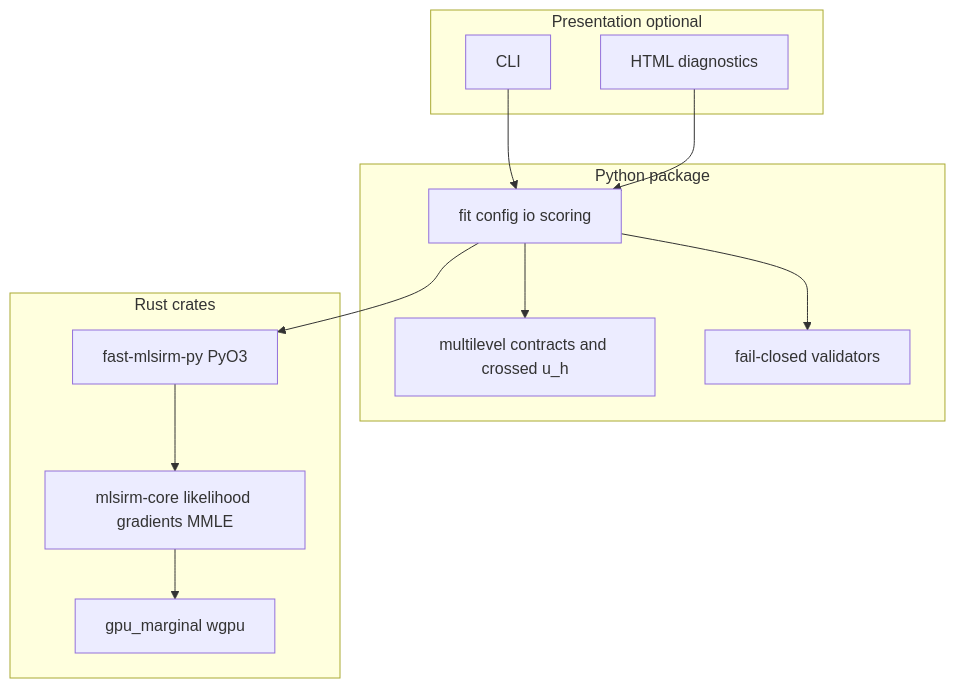
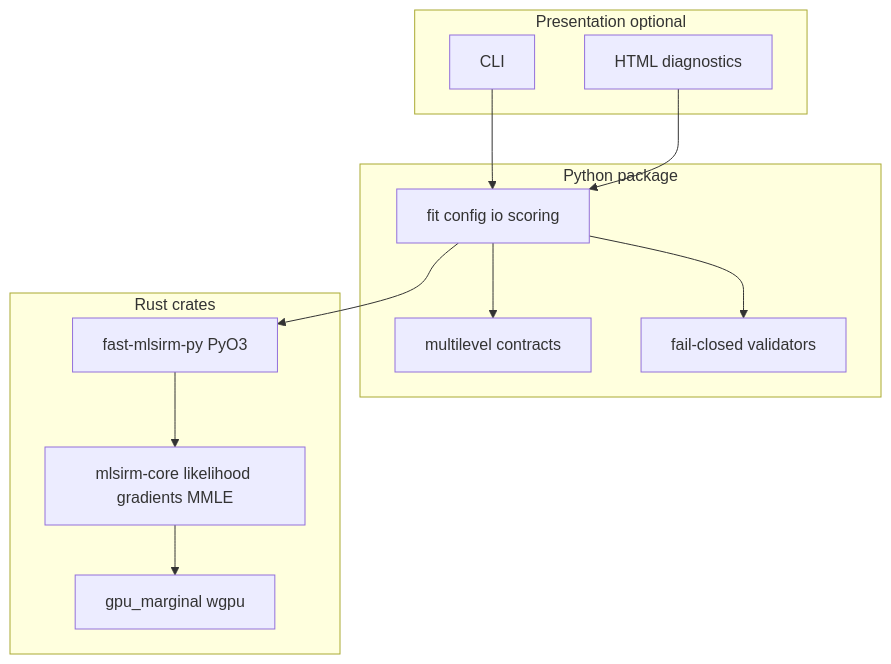
One commit to ContextualWisdomLab/fast-mlsirm changed the diagram in docs/GOVERNANCE_INDEX.md. Above: the diagram before and after it, drawn with Mermaid. The commit also changed other lines of this file and 445 other files, not shown here.

````diff
--- a/docs/GOVERNANCE_INDEX.md
+++ b/docs/GOVERNANCE_INDEX.md
@@ -94,24 +93,24 @@
 ```mermaid
 flowchart TB
   subgraph presentation [Presentation optional]
     CLI[CLI]
     HTML[HTML diagnostics]
   end
   subgraph py [Python package]
     API[fit config io scoring]
-    ML[multilevel contracts and crossed u_h]
+    ML[multilevel contracts]
     VAL[fail-closed validators]
   end
   subgraph rust [Rust crates]
     CORE[mlsirm-core likelihood gradients MMLE]
     GPU[gpu_marginal wgpu]
     PYO3[fast-mlsirm-py PyO3]
   end
   CLI --> API
   HTML --> API
   API --> VAL
   API --> ML
   API --> PYO3
   PYO3 --> CORE
   CORE --> GPU
 ```
````
